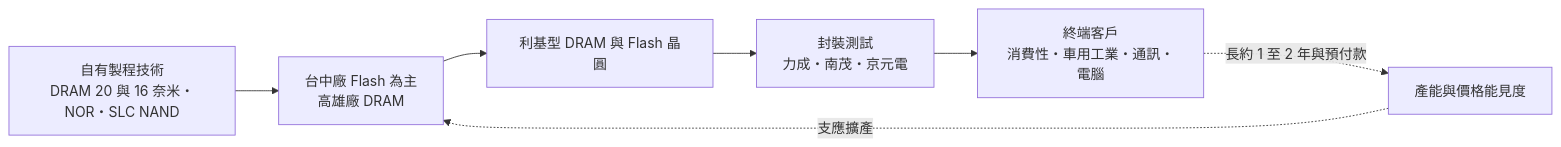
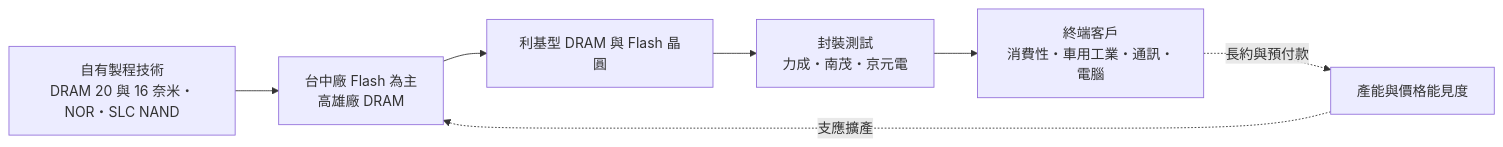
The second of 4 diagrams in 個股/台股/2344華邦電.md (wangnick1004/taiwan-stock-vault), drawn with Mermaid before and after one commit. The commit also changed other lines of this file and 19 other files, not shown here.

````diff
--- a/個股/台股/2344華邦電.md
+++ b/個股/台股/2344華邦電.md
@@ -72,9 +73,9 @@
 ```mermaid
 flowchart LR
-    A[自有製程技術<br/>DRAM 20 與 16 奈米・NOR・SLC NAND] --> B[台中廠 Flash 為主<br/>高雄廠 DRAM]
-    B --> C[利基型 DRAM 與 Flash 晶圓]
-    C --> D[封裝測試<br/>力成・南茂・京元電]
-    D --> E[終端客戶<br/>消費性・車用工業・通訊・電腦]
-    E -. 長約 1 至 2 年與預付款 .-> F[產能與價格能見度]
+    A["自有製程技術<br/>DRAM 20 與 16 奈米・NOR・SLC NAND"] --> B["台中廠 Flash 為主<br/>高雄廠 DRAM"]
+    B --> C["利基型 DRAM 與 Flash 晶圓"]
+    C --> D["封裝測試<br/>力成・南茂・京元電"]
+    D --> E["終端客戶<br/>消費性・車用工業・通訊・電腦"]
+    E -. 長約與預付款 .-> F["產能與價格能見度"]
     F -. 支應擴產 .-> B
 ```
````
